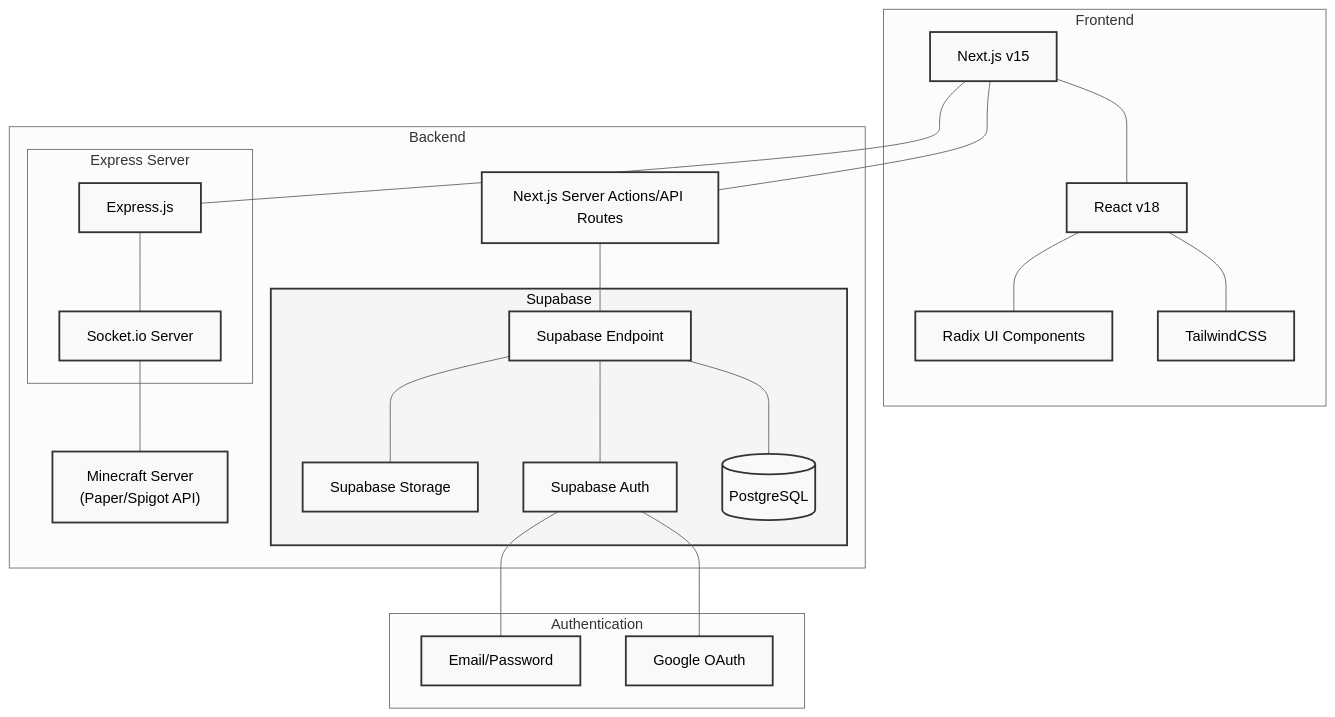
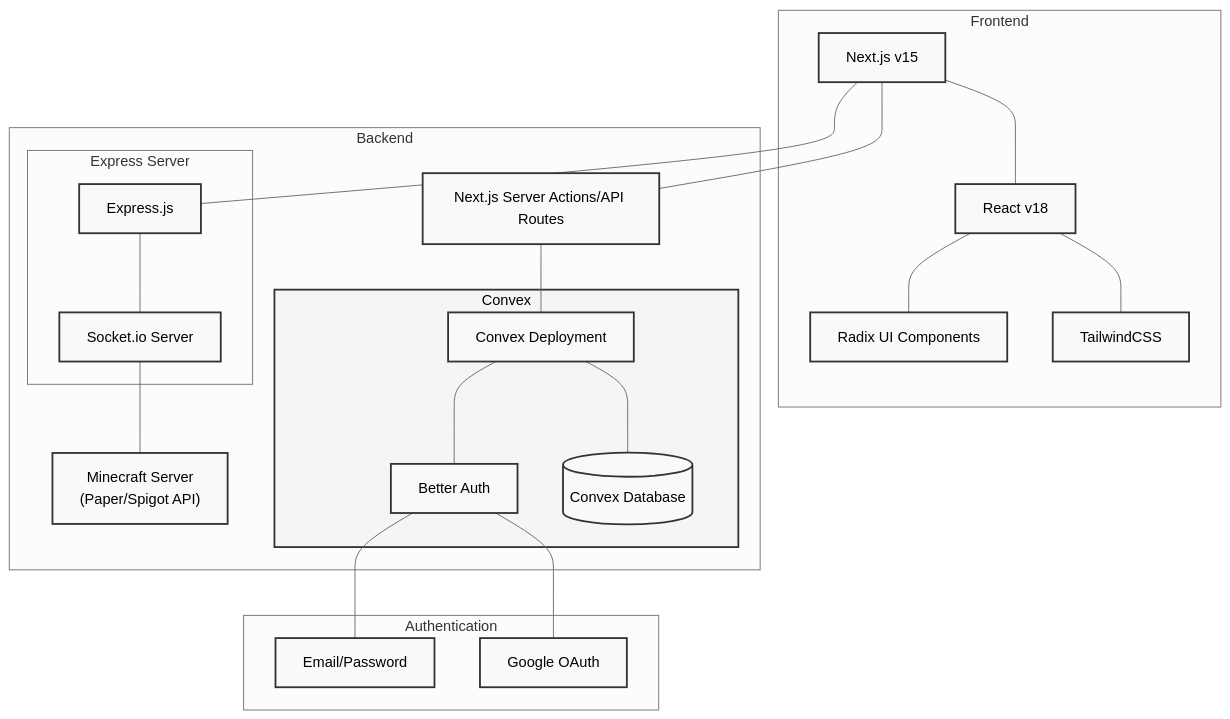
The diagram in docs/stack.md (project-blockwarriors/blockwarriors-cmd), drawn with Mermaid (neutral theme) before and after one commit. The commit also changed other lines of this file and 71 other files, not shown here.

````diff
--- a/docs/stack.md
+++ b/docs/stack.md
@@ -7,54 +7,53 @@
 ```mermaid
 graph TD
     %% Frontend Layer
     subgraph Frontend
         Next[Next.js v15]
         React[React v18]
         TW[TailwindCSS]
         RadixUI[Radix UI Components]
     end
 
     %% Backend Layer
     subgraph Backend
         NextAPI[Next.js Server Actions/API Routes]
 
-        subgraph "Supabase"
-            SupabaseEndpoint[Supabase Endpoint]
-            PostgreSQL[(PostgreSQL)]
-            Auth[Supabase Auth]
-            Storage[Supabase Storage]
+        subgraph "Convex"
+            ConvexEndpoint[Convex Deployment]
+            Database[(Convex Database)]
+            Auth[Better Auth]
         end
 
         subgraph ExpressServer[Express Server]
             Express[Express.js]
             Socket[Socket.io Server]
         end
 
         MC["Minecraft Server<br/>(Paper/Spigot API)"]
     end
 
     %% Auth Providers
     subgraph Authentication
         Google[Google OAuth]
         Email[Email/Password]
     end
 
     %% Frontend Connections
     Next --- React
     React --- TW & RadixUI
     Next --- NextAPI & Express
 
     %% Backend Connections
-    NextAPI --- SupabaseEndpoint
-    SupabaseEndpoint --- PostgreSQL & Auth & Storage
+    NextAPI --- ConvexEndpoint
+    ConvexEndpoint --- Database & Auth
     Express --- Socket
     Socket --- MC
 
     %% Auth Connections
     Auth --- Google & Email
 
     %% Styling
     classDef default fill:#f9f9f9,stroke:#333,stroke-width:2px,color:black;
-    classDef supabase fill:#f5f5f5,stroke:#333,stroke-width:2px,color:black;
-    class Supabase supabase;
+    classDef convex fill:#f5f5f5,stroke:#333,stroke-width:2px,color:black;
+    class Convex convex;
 ```
````
